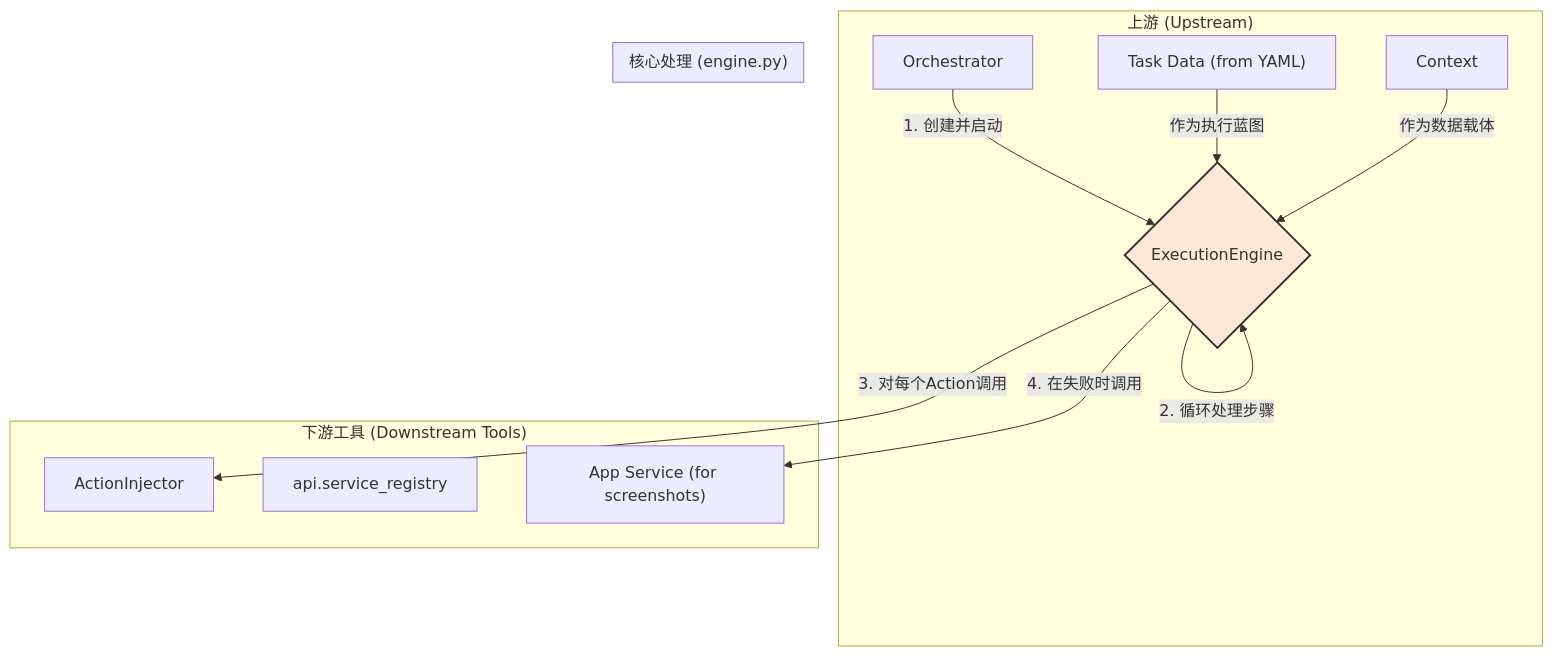
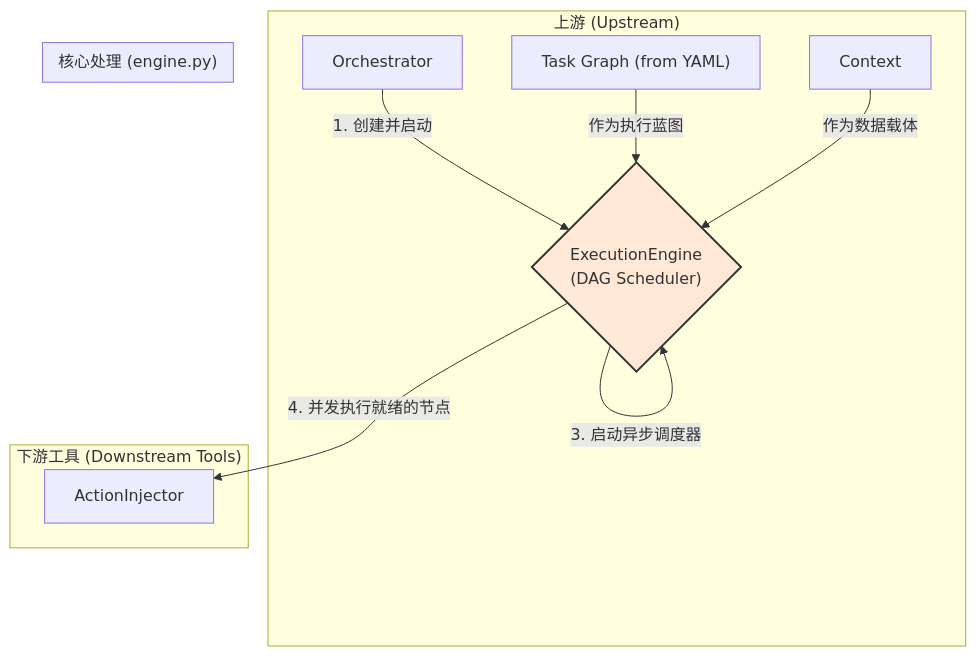
Before and after one commit to nightofknife/aura-framework: the first of 2 diagrams in readme/core_doc/engine.md, drawn with Mermaid. The commit also changed other lines of this file and 22 other files, not shown here.

````diff
--- a/readme/core_doc/engine.md
+++ b/readme/core_doc/engine.md
@@ -14,24 +19,22 @@
 ```mermaid
 graph TD
     subgraph "上游 (Upstream)"
         Orchestrator -- "1. 创建并启动" --> Engine
-        TaskData["Task Data (from YAML)"] -- "作为执行蓝图" --> Engine
+        TaskData["Task Graph (from YAML)"] -- "作为执行蓝图" --> Engine
         Context -- "作为数据载体" --> Engine
     end
 
     subgraph "核心处理 (engine.py)"
-        Engine{ExecutionEngine}
+        Engine{"ExecutionEngine <br> (DAG Scheduler)"}
     end
 
     subgraph "下游工具 (Downstream Tools)"
         Injector[ActionInjector]
-        ServiceRegistry[api.service_registry]
-        AppService["App Service (for screenshots)"]
     end
 
-    Engine -- "2. 循环处理步骤" --> Engine
-    Engine -- "3. 对每个Action调用" --> Injector
-    Engine -- "4. 在失败时调用" --> AppService
+    Engine -- "2. 构建内部图结构" --> Engine
+    Engine -- "3. 启动异步调度器" --> Engine
+    Engine -- "4. 并发执行就绪的节点" --> Injector
     
     style Engine fill:#ffe8d6,stroke:#333,stroke-width:2px
 ```
````
